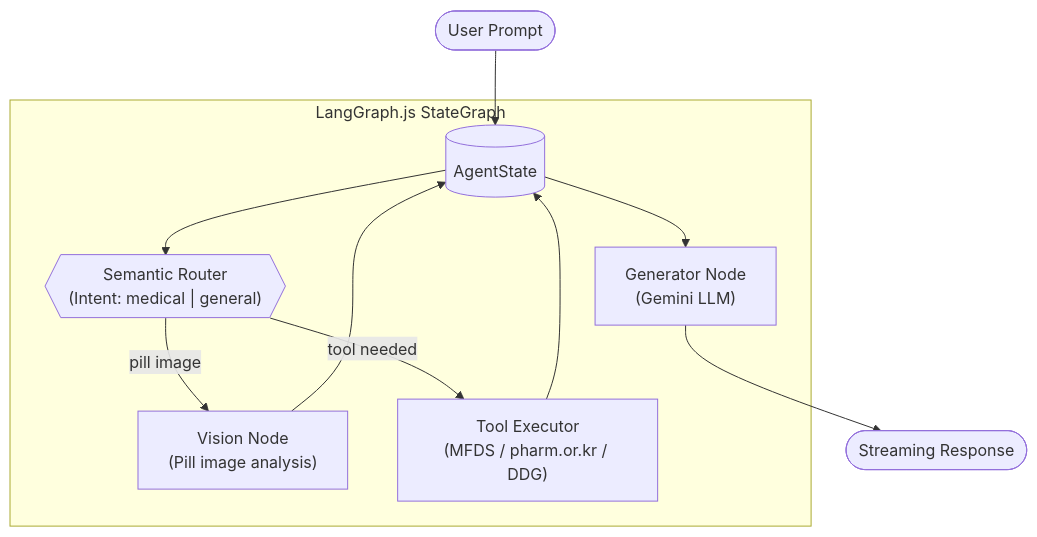
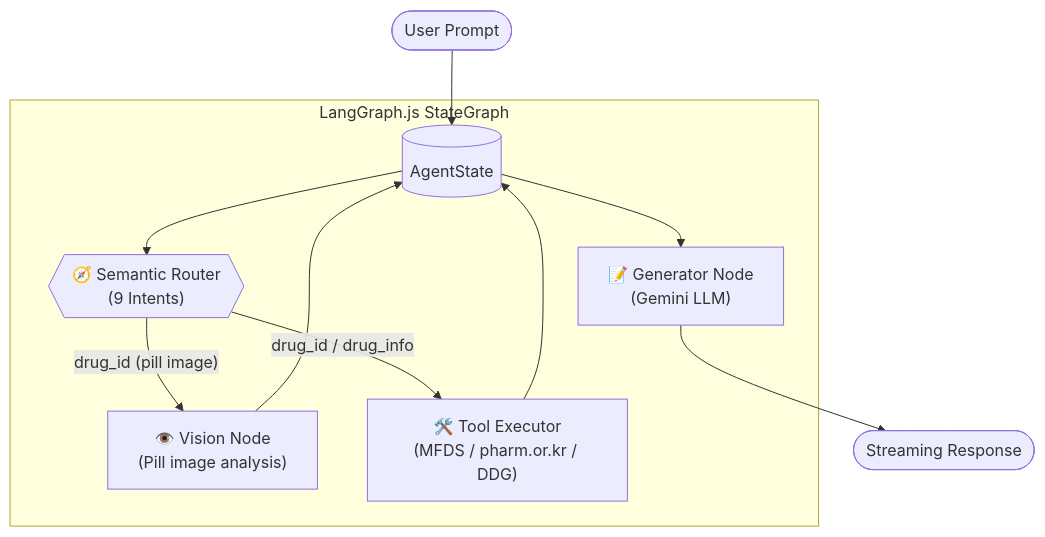
One commit to jpjp92/chat-agent changed the second of 2 diagrams in README.md. Above: the diagram before and after it, drawn with Mermaid. The commit also changed other lines of this file, not shown here.

````diff
--- a/README.md
+++ b/README.md
@@ -88,19 +88,19 @@
 ```mermaid
 flowchart TB
     User([User Prompt])
 
     subgraph StateGraph ["LangGraph.js StateGraph"]
         StateNode[("AgentState")]
-        RouterNode{{"Semantic Router\n(Intent: medical | general)"}}
-        Vision["Vision Node\n(Pill image analysis)"]
-        ToolExecutor["Tool Executor\n(MFDS / pharm.or.kr / DDG)"]
-        Generator["Generator Node\n(Gemini LLM)"]
+        RouterNode{{"🧭 Semantic Router\n(9 Intents)"}}
+        Vision["👁️ Vision Node\n(Pill image analysis)"]
+        ToolExecutor["🛠️ Tool Executor\n(MFDS / pharm.or.kr / DDG)"]
+        Generator["📝 Generator Node\n(Gemini LLM)"]
     end
 
     Output([Streaming Response])
 
     User --> StateNode --> RouterNode
-    RouterNode -- "pill image" --> Vision --> StateNode
-    RouterNode -- "tool needed" --> ToolExecutor --> StateNode
+    RouterNode -- "drug_id (pill image)" --> Vision --> StateNode
+    RouterNode -- "drug_id / drug_info" --> ToolExecutor --> StateNode
     StateNode --> Generator --> Output
 ```
````
